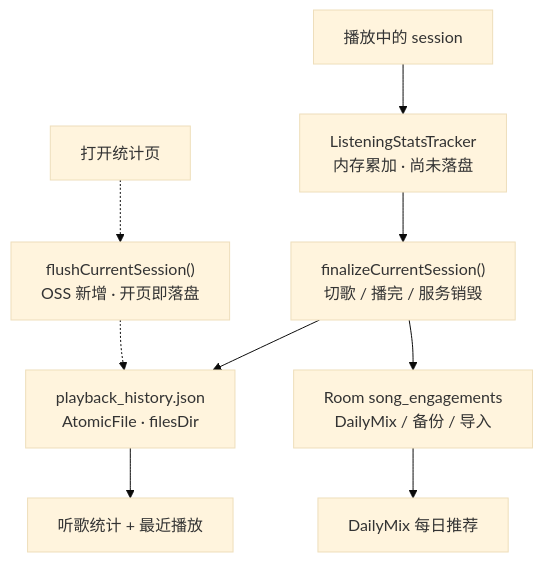
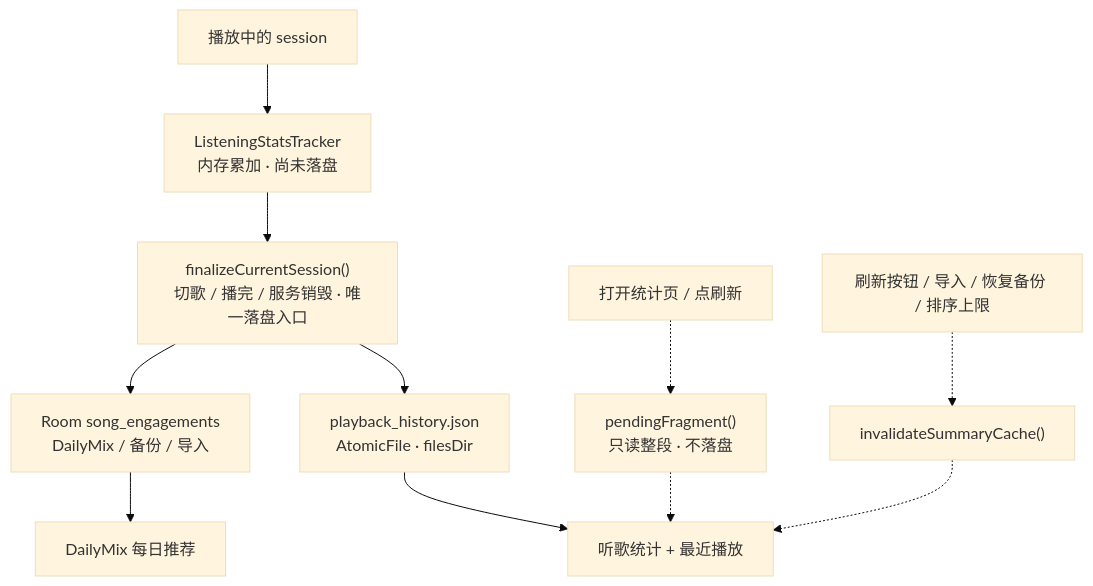
The fourth of 4 diagrams in docs/stats-design.md (pisces312/PixelPlayerOSS), drawn with Mermaid (base theme) before and after one commit. The commit also changed other lines of this file and 6 other files, not shown here.

First line of the commit message:
perf(stats): compute on demand, cache results, stop writing on open

````diff
--- a/docs/stats-design.md
+++ b/docs/stats-design.md
@@ -112,11 +112,13 @@
 ```mermaid
 flowchart TB
     PLAY["播放中的 session"] --> TRACK["ListeningStatsTracker<br/>内存累加 · 尚未落盘"]
-    TRACK --> FIN["finalizeCurrentSession()<br/>切歌 / 播完 / 服务销毁"]
+    TRACK --> FIN["finalizeCurrentSession()<br/>切歌 / 播完 / 服务销毁 · 唯一落盘入口"]
     FIN --> JSON["playback_history.json<br/>AtomicFile · filesDir"]
     FIN --> ROOM["Room song_engagements<br/>DailyMix / 备份 / 导入"]
     JSON --> STATS["听歌统计 + 最近播放"]
     ROOM --> MIX["DailyMix 每日推荐"]
-    UI["打开统计页"] -.-> FLUSH["flushCurrentSession()<br/>OSS 新增 · 开页即落盘"]
-    FLUSH -.-> JSON
+    UI["打开统计页 / 点刷新"] -.-> FRAG["pendingFragment()<br/>只读整段 · 不落盘"]
+    FRAG -.-> STATS
+    CHANGED["刷新按钮 / 导入 / 恢复备份 / 排序上限"] -.-> CLEAR["invalidateSummaryCache()"]
+    CLEAR -.-> STATS
 ```
````
